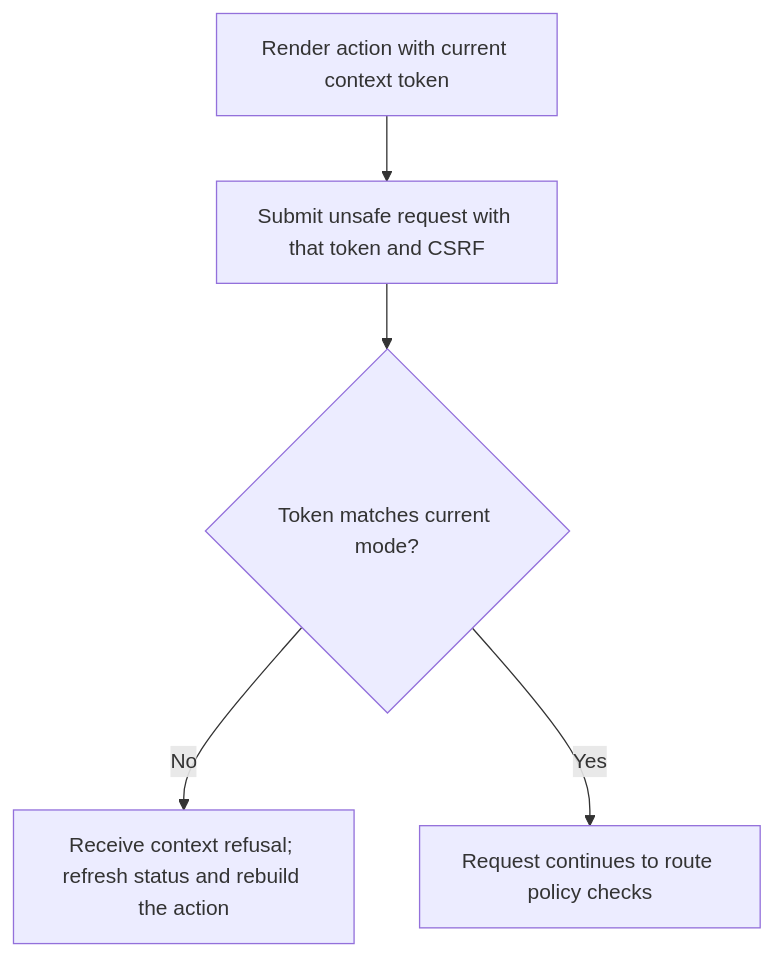
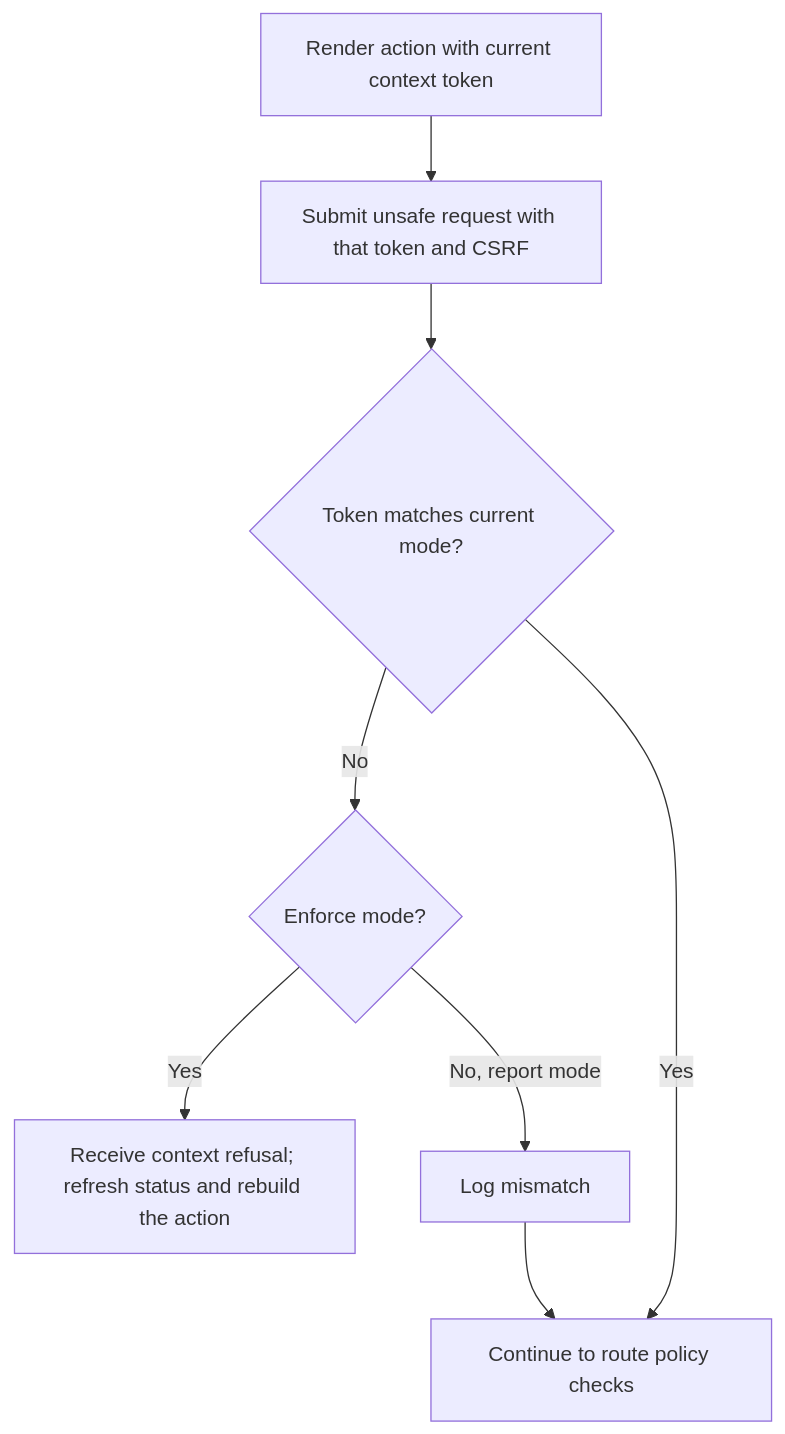
The first of 2 diagrams in user-stories/submit-context-token/us-context-01-submit-context-token.md (Kevinjohn/oss-adonisjs-masquerade), drawn with Mermaid before and after one commit. The commit also changed other lines of this file and 8 other files, not shown here.

Commit message:
docs: correct catalogue behavior and recovery flows

````diff
--- a/user-stories/submit-context-token/us-context-01-submit-context-token.md
+++ b/user-stories/submit-context-token/us-context-01-submit-context-token.md
@@ -26,7 +26,10 @@
 ```mermaid
 flowchart TD
     A["Render action with current context token"] --> B["Submit unsafe request with that token and CSRF"]
     B --> C{"Token matches current mode?"}
-    C -->|No| D["Receive context refusal; refresh status and rebuild the action"]
-    C -->|Yes| E["Request continues to route policy checks"]
+    C -->|No| R{"Enforce mode?"}
+    R -->|Yes| D["Receive context refusal; refresh status and rebuild the action"]
+    R -->|No, report mode| L["Log mismatch"]
+    L --> E["Continue to route policy checks"]
+    C -->|Yes| E
 ```
````
